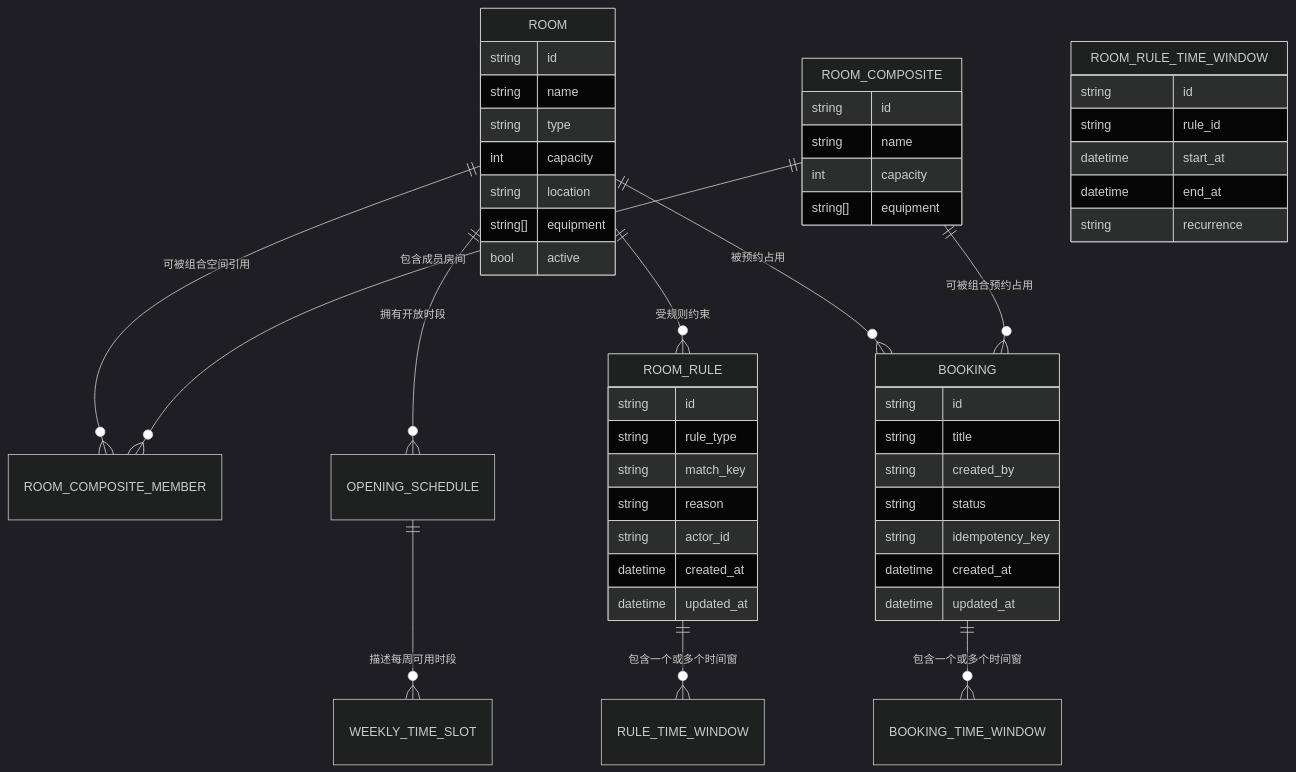
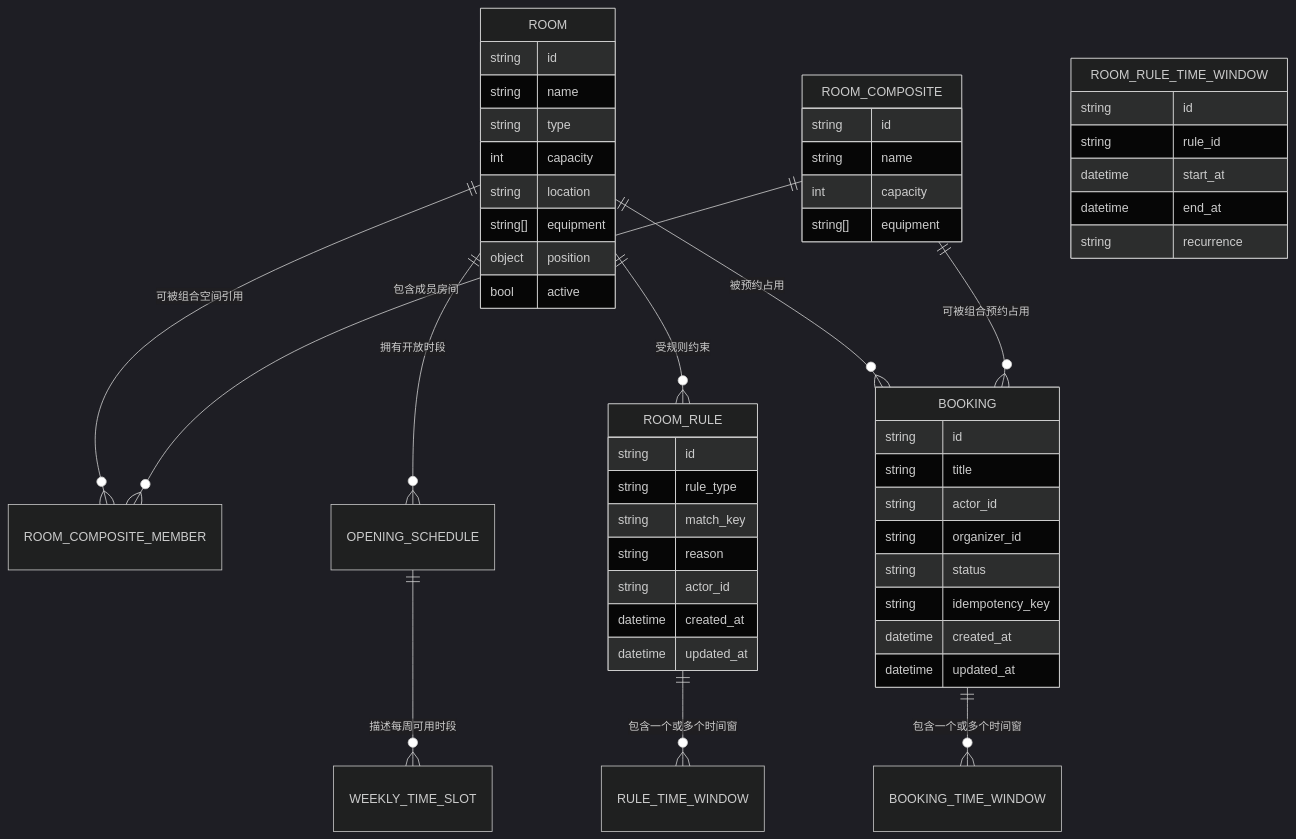
The first of 3 diagrams in docs/rfcs/0001-meeting-room-domain.md (WN921/north-hackathon-team-8-meeting), drawn with Mermaid (dark theme) before and after one commit. The commit also changed other lines of this file and 3 other files, not shown here.

````diff
--- a/docs/rfcs/0001-meeting-room-domain.md
+++ b/docs/rfcs/0001-meeting-room-domain.md
@@ -40,53 +40,55 @@
 ```mermaid
 erDiagram
     ROOM ||--o{ ROOM_COMPOSITE_MEMBER : "可被组合空间引用"
     ROOM ||--o{ OPENING_SCHEDULE : "拥有开放时段"
     ROOM ||--o{ ROOM_RULE : "受规则约束"
     ROOM ||--o{ BOOKING : "被预约占用"
     ROOM_COMPOSITE ||--o{ ROOM_COMPOSITE_MEMBER : "包含成员房间"
     ROOM_COMPOSITE ||--o{ BOOKING : "可被组合预约占用"
     ROOM_RULE ||--o{ RULE_TIME_WINDOW : "包含一个或多个时间窗"
     BOOKING ||--o{ BOOKING_TIME_WINDOW : "包含一个或多个时间窗"
     OPENING_SCHEDULE ||--o{ WEEKLY_TIME_SLOT : "描述每周可用时段"
 
     ROOM {
         string id
         string name
         string type
         int capacity
         string location
         string[] equipment
+        object position
         bool active
     }
     ROOM_COMPOSITE {
         string id
         string name
         int capacity
         string[] equipment
     }
     ROOM_RULE {
         string id
         string rule_type
         string match_key
         string reason
         string actor_id
         datetime created_at
         datetime updated_at
     }
     ROOM_RULE_TIME_WINDOW {
         string id
         string rule_id
         datetime start_at
         datetime end_at
         string recurrence
     }
     BOOKING {
         string id
         string title
-        string created_by
+        string actor_id
+        string organizer_id
         string status
         string idempotency_key
         datetime created_at
         datetime updated_at
     }
 ```
````
